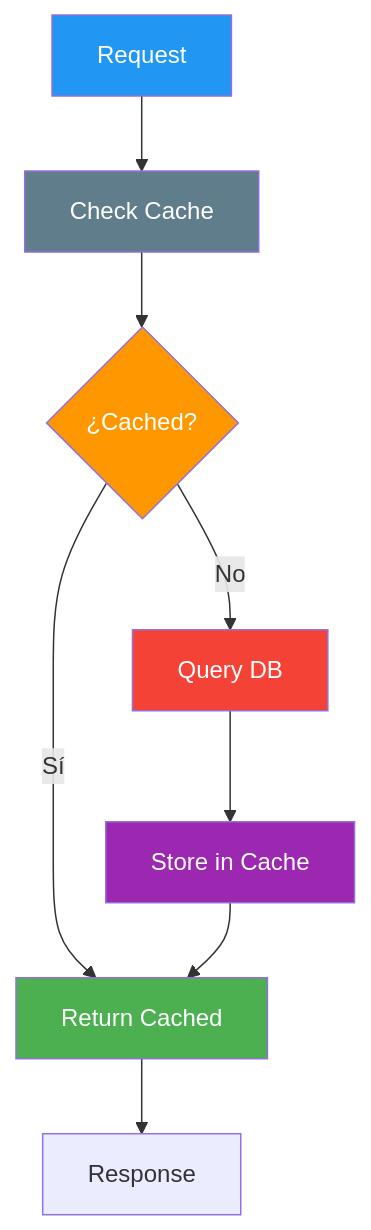
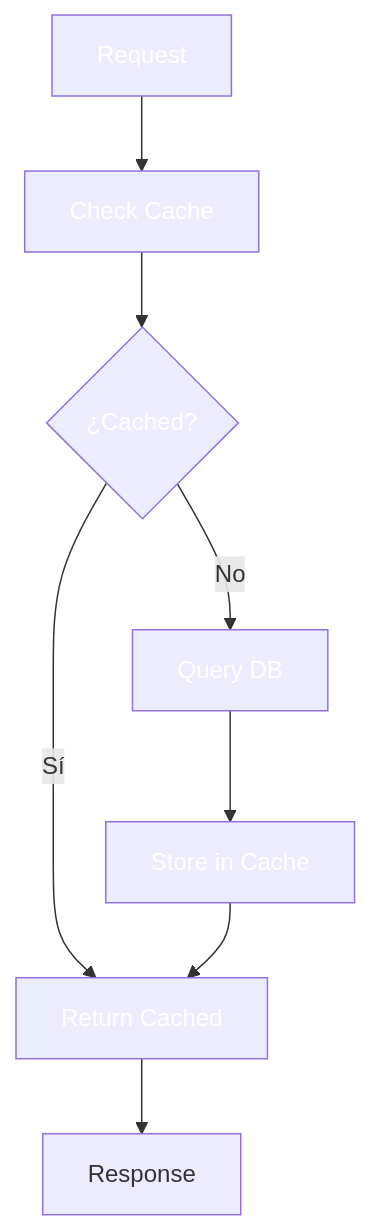
One commit to joseluisgs/DesarrolloWebEntornosServidor-02-2026-2027 changed the second of 3 diagrams in 23-optimizacion.md. Above: the diagram before and after it, drawn with Mermaid. The commit also changed other lines of this file and 41 other files, not shown here.

````diff
--- a/23-optimizacion.md
+++ b/23-optimizacion.md
@@ -347,16 +347,16 @@
 ```mermaid
 graph TD
     A["Request"] --> B["Check Cache"]
     B --> C{"¿Cached?"}
     C -->|"Sí"| D["Return Cached"]
     C -->|"No"| E["Query DB"]
     E --> F["Store in Cache"]
     F --> D
     D --> G["Response"]
-    style A fill:#2196F3,color:#fff
-    style B fill:#607D8B,color:#fff
-    style C fill:#FF9800,color:#fff
-    style D fill:#4CAF50,color:#fff
-    style E fill:#f44336,color:#fff
-    style F fill:#9C27B0,color:#fff
+    style A fill:#2196F,color:#fff3,color:#fff
+    style B fill:#607D8,color:#fffB,color:#fff
+    style C fill:#FF980,color:#fff0,color:#fff
+    style D fill:#4CAF5,color:#fff0,color:#fff
+    style E fill:#f4433,color:#fff6,color:#fff
+    style F fill:#9C27B,color:#fff0,color:#fff
 ```
````
